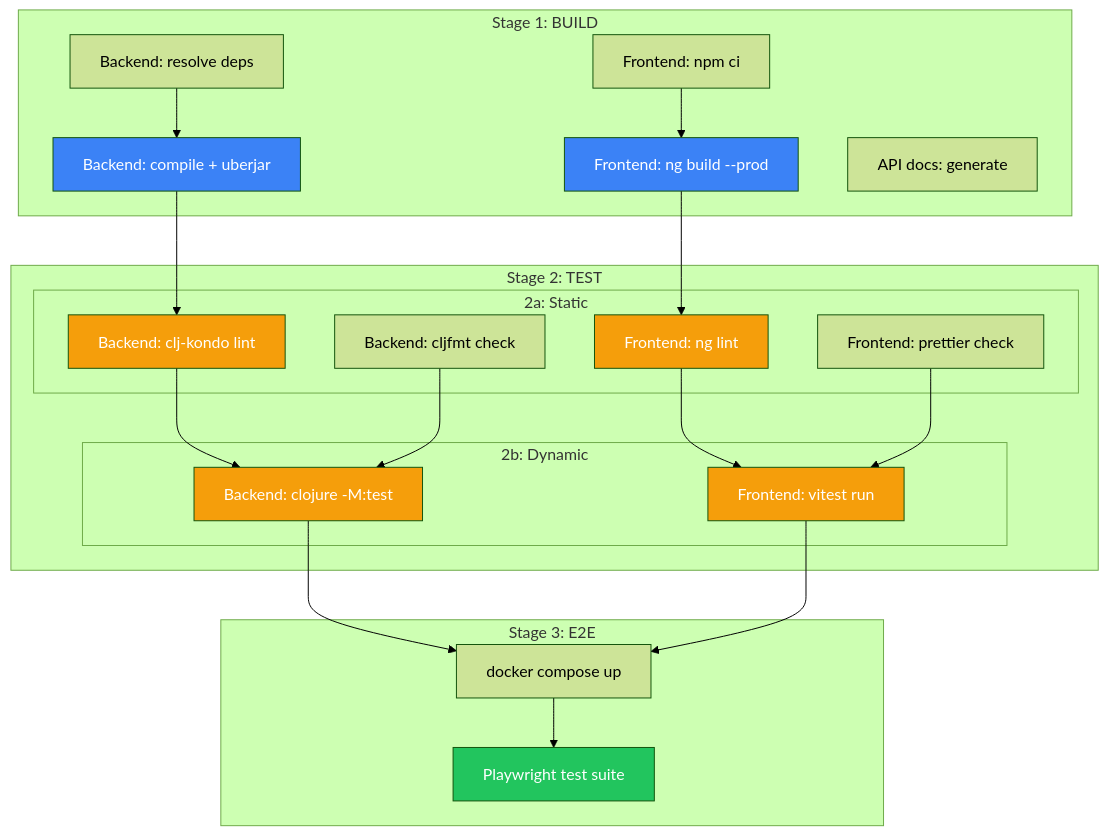
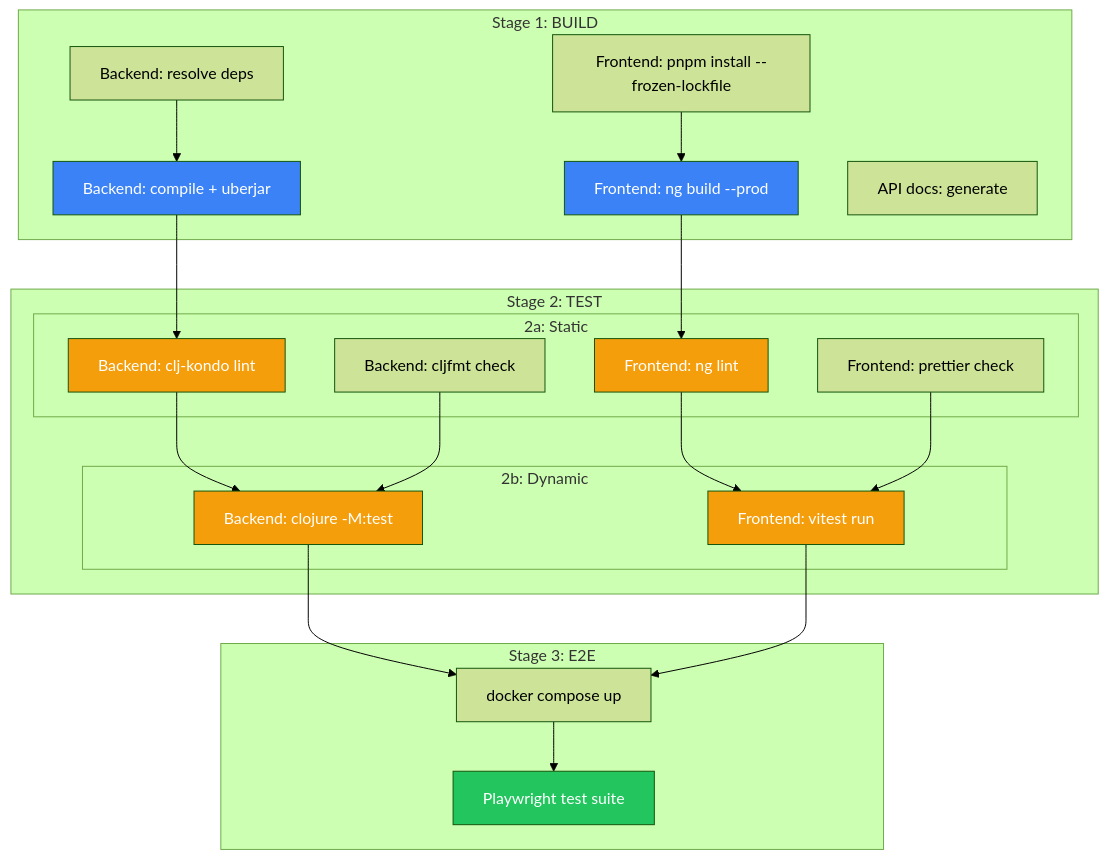
The fourth of 4 diagrams in docs/architecture/tech-stack.md (virgenherrera/GILA_SOFTWARE_CHALLENGE), drawn with Mermaid (forest theme) before and after one commit. The commit also changed other lines of this file and 12 other files, not shown here.

````diff
--- a/docs/architecture/tech-stack.md
+++ b/docs/architecture/tech-stack.md
@@ -513,48 +536,48 @@
 ```mermaid
 flowchart TD
     subgraph "Stage 1: BUILD"
         B1[Backend: resolve deps]
         B2[Backend: compile + uberjar]
-        B3[Frontend: npm ci]
+        B3[Frontend: pnpm install --frozen-lockfile]
         B4[Frontend: ng build --prod]
         B5[API docs: generate]
         B1 --> B2
         B3 --> B4
     end
 
     subgraph "Stage 2: TEST"
         subgraph "2a: Static"
             S1[Backend: clj-kondo lint]
             S2[Backend: cljfmt check]
             S3[Frontend: ng lint]
             S4[Frontend: prettier check]
         end
         subgraph "2b: Dynamic"
             D1[Backend: clojure -M:test]
             D2[Frontend: vitest run]
         end
         S1 --> D1
         S2 --> D1
         S3 --> D2
         S4 --> D2
     end
 
     subgraph "Stage 3: E2E"
         E1[docker compose up]
         E2[Playwright test suite]
         E1 --> E2
     end
 
     B2 --> S1
     B4 --> S3
     D1 --> E1
     D2 --> E1
 
     style B2 fill:#3b82f6,color:#fff
     style B4 fill:#3b82f6,color:#fff
     style S1 fill:#f59e0b,color:#fff
     style S3 fill:#f59e0b,color:#fff
     style D1 fill:#f59e0b,color:#fff
     style D2 fill:#f59e0b,color:#fff
     style E2 fill:#22c55e,color:#fff
 ```
````
